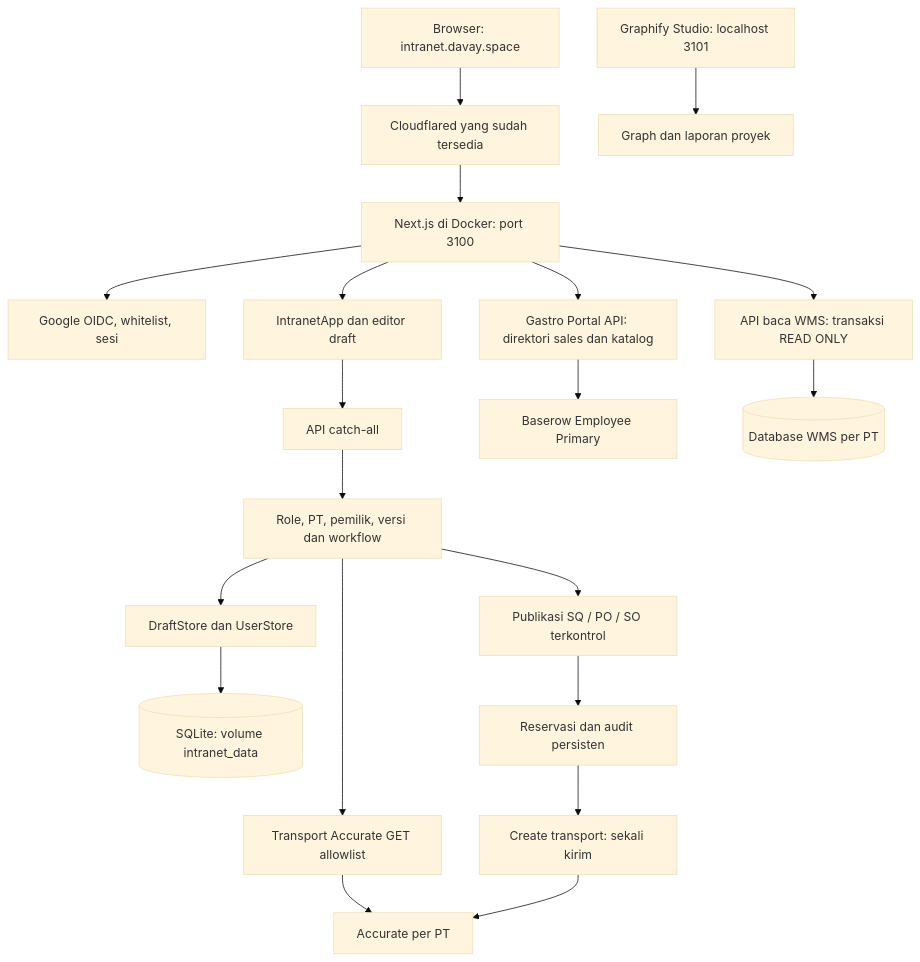
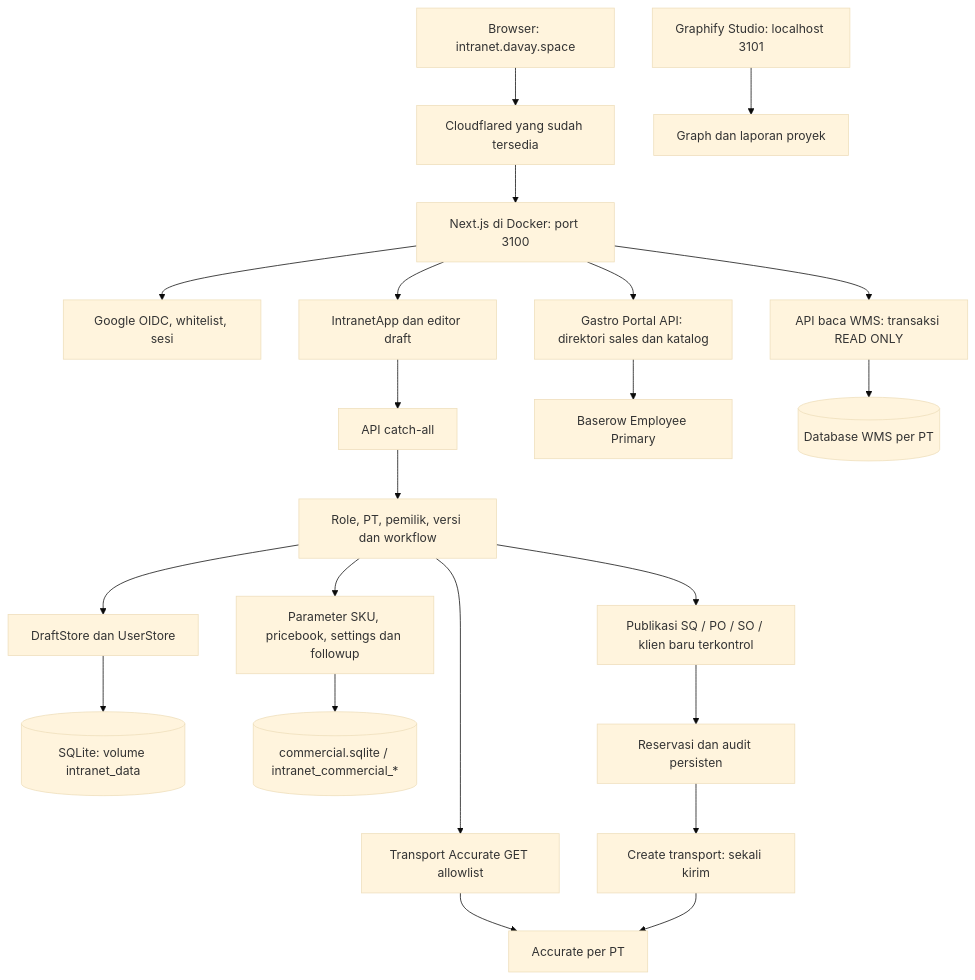
The diagram in docs/project-map.md (piemoul/gastro-intranet-promax), drawn with Mermaid (base theme) before and after one commit. The commit also changed other lines of this file and 41 other files, not shown here.

Commit message:
Add canonical SKU parameters and guarded commercial workflows

````diff
--- a/docs/project-map.md
+++ b/docs/project-map.md
@@ -29,22 +29,24 @@
 ```mermaid
 flowchart TD
   Browser[Browser: intranet.davay.space] --> Tunnel[Cloudflared yang sudah tersedia]
   Tunnel --> App[Next.js di Docker: port 3100]
   App --> Auth[Google OIDC, whitelist, sesi]
   App --> UI[IntranetApp dan editor draft]
   UI --> API[API catch-all]
   API --> Rules[Role, PT, pemilik, versi dan workflow]
   Rules --> Store[DraftStore dan UserStore]
   Store --> SQLite[(SQLite: volume intranet_data)]
   Rules --> Read[Transport Accurate GET allowlist]
-  Rules --> Publish[Publikasi SQ / PO / SO terkontrol]
+  Rules --> Commercial[Parameter SKU, pricebook, settings dan followup]
+  Commercial --> OwnData[(commercial.sqlite / intranet_commercial_*)]
+  Rules --> Publish[Publikasi SQ / PO / SO / klien baru terkontrol]
   Publish --> Reserve[Reservasi dan audit persisten]
   Reserve --> Create[Create transport: sekali kirim]
   Read --> Accurate[Accurate per PT]
   Create --> Accurate
   App --> Portal[Gastro Portal API: direktori sales dan katalog]
   Portal --> Baserow[Baserow Employee Primary]
   App --> WmsRead[API baca WMS: transaksi READ ONLY]
   WmsRead --> WmsDB[(Database WMS per PT)]
   Graph[Graphify Studio: localhost 3101] --> Artifacts[Graph dan laporan proyek]
 ```
````
